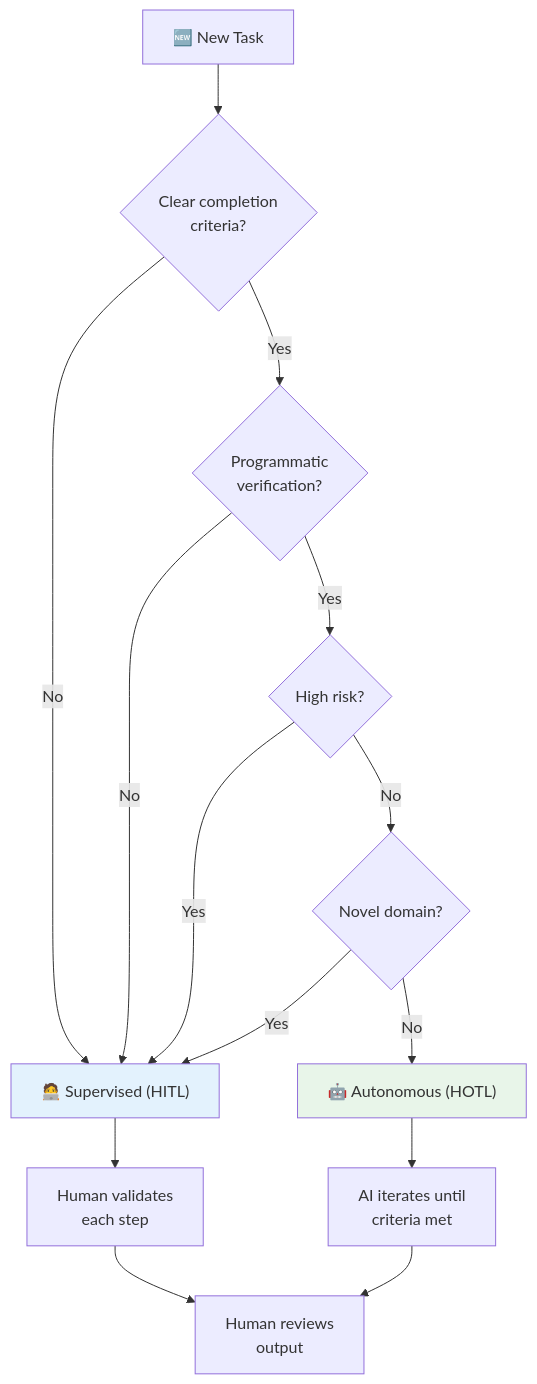
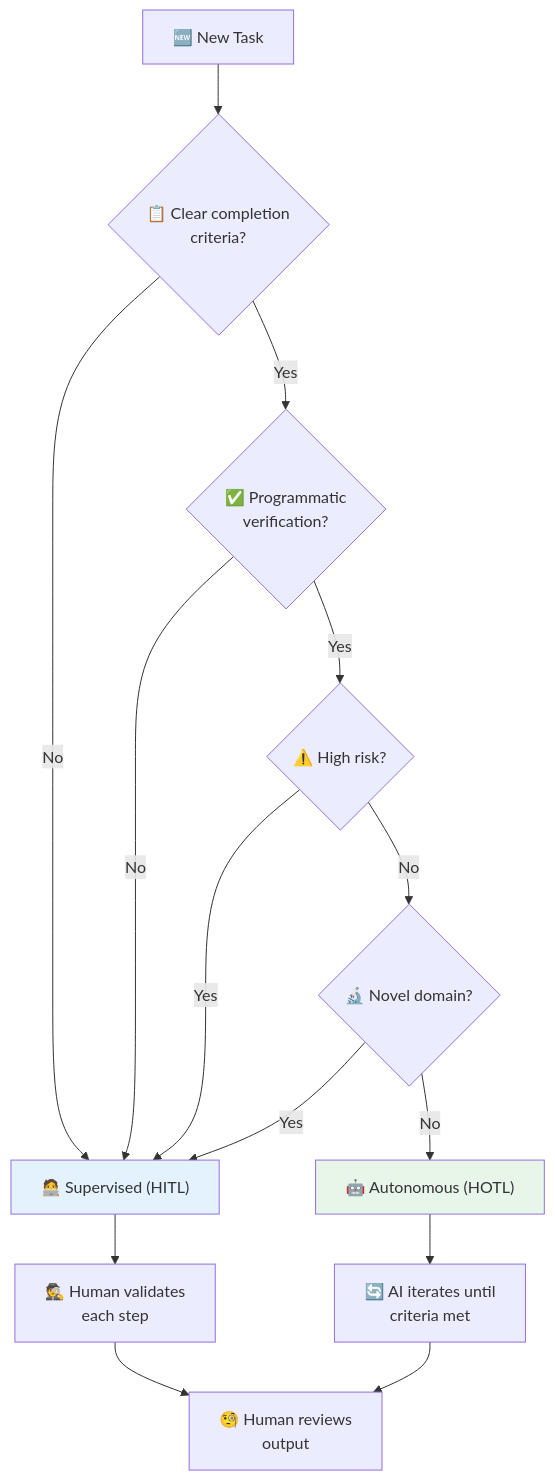
Before and after one commit to TheBushidoCollective/han: the tenth of 10 diagrams in website/content/papers/ai-dlc-2026.md, drawn with Mermaid. The commit also changed other lines of this file, not shown here.

First line of the commit message:
feat(website): add emojis to Core Framework diagrams

````diff
--- a/website/content/papers/ai-dlc-2026.md
+++ b/website/content/papers/ai-dlc-2026.md
@@ -1017,21 +1017,21 @@
 ```mermaid
 flowchart TD
-    A["🆕 New Task"] --> B{"Clear completion<br/>criteria?"}
+    A["🆕 New Task"] --> B{"📋 Clear completion<br/>criteria?"}
     B -->|"No"| C["🧑‍💻 Supervised (HITL)"]
-    B -->|"Yes"| D{"Programmatic<br/>verification?"}
+    B -->|"Yes"| D{"✅ Programmatic<br/>verification?"}
     D -->|"No"| C
-    D -->|"Yes"| E{"High risk?"}
+    D -->|"Yes"| E{"⚠️ High risk?"}
     E -->|"Yes"| C
-    E -->|"No"| F{"Novel domain?"}
+    E -->|"No"| F{"🔬 Novel domain?"}
     F -->|"Yes"| C
     F -->|"No"| G["🤖 Autonomous (HOTL)"]
 
-    C --> H["Human validates<br/>each step"]
-    G --> I["AI iterates until<br/>criteria met"]
+    C --> H["🕵️ Human validates<br/>each step"]
+    G --> I["🔄 AI iterates until<br/>criteria met"]
 
-    H --> J["Human reviews<br/>output"]
+    H --> J["🧐 Human reviews<br/>output"]
     I --> J
 
     style C fill:#e3f2fd
     style G fill:#e8f5e9
 ```
````
